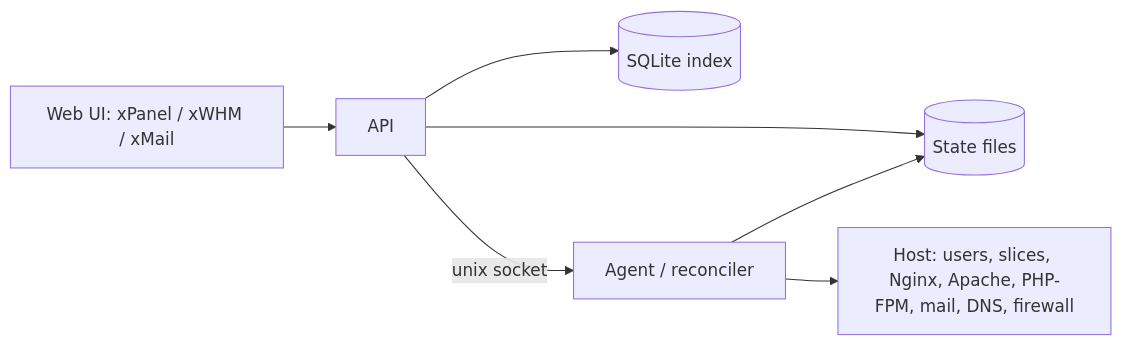
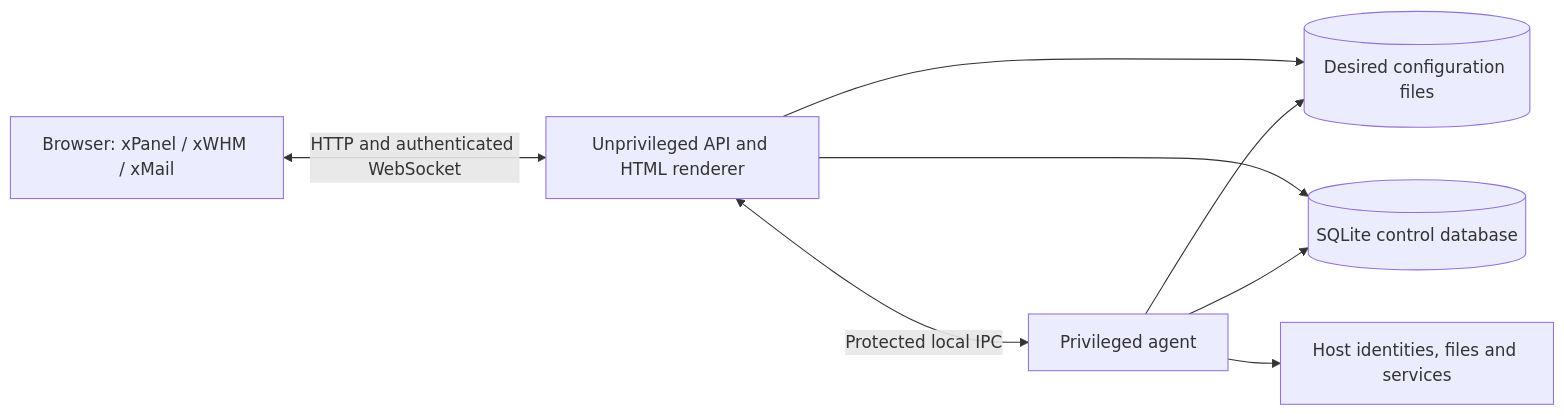
Before and after one commit to mahmoudps/xpanel: the diagram in docs/ARCHITECTURE.md, drawn with Mermaid. The commit also changed other lines of this file and 259 other files, not shown here.

````diff
--- a/docs/ARCHITECTURE.md
+++ b/docs/ARCHITECTURE.md
@@ -19,15 +22,16 @@
 ```mermaid
 flowchart LR
-  web[Web UI: xPanel / xWHM / xMail]
-  api[API]
-  state[(State files)]
-  index[(SQLite index)]
-  agent[Agent / reconciler]
-  host[Host: users, slices, Nginx, Apache, PHP-FPM, mail, DNS, firewall]
-  web --> api
+  browser[Browser: xPanel / xWHM / xMail]
+  api[Unprivileged API and HTML renderer]
+  state[(Desired configuration files)]
+  db[(SQLite control database)]
+  agent[Privileged agent]
+  host[Host identities, files and services]
+  browser <-->|HTTP and authenticated WebSocket| api
   api --> state
-  api --> index
-  api -- unix socket --> agent
+  api --> db
+  api <-->|Protected local IPC| agent
   agent --> state
+  agent --> db
   agent --> host
 ```
````
